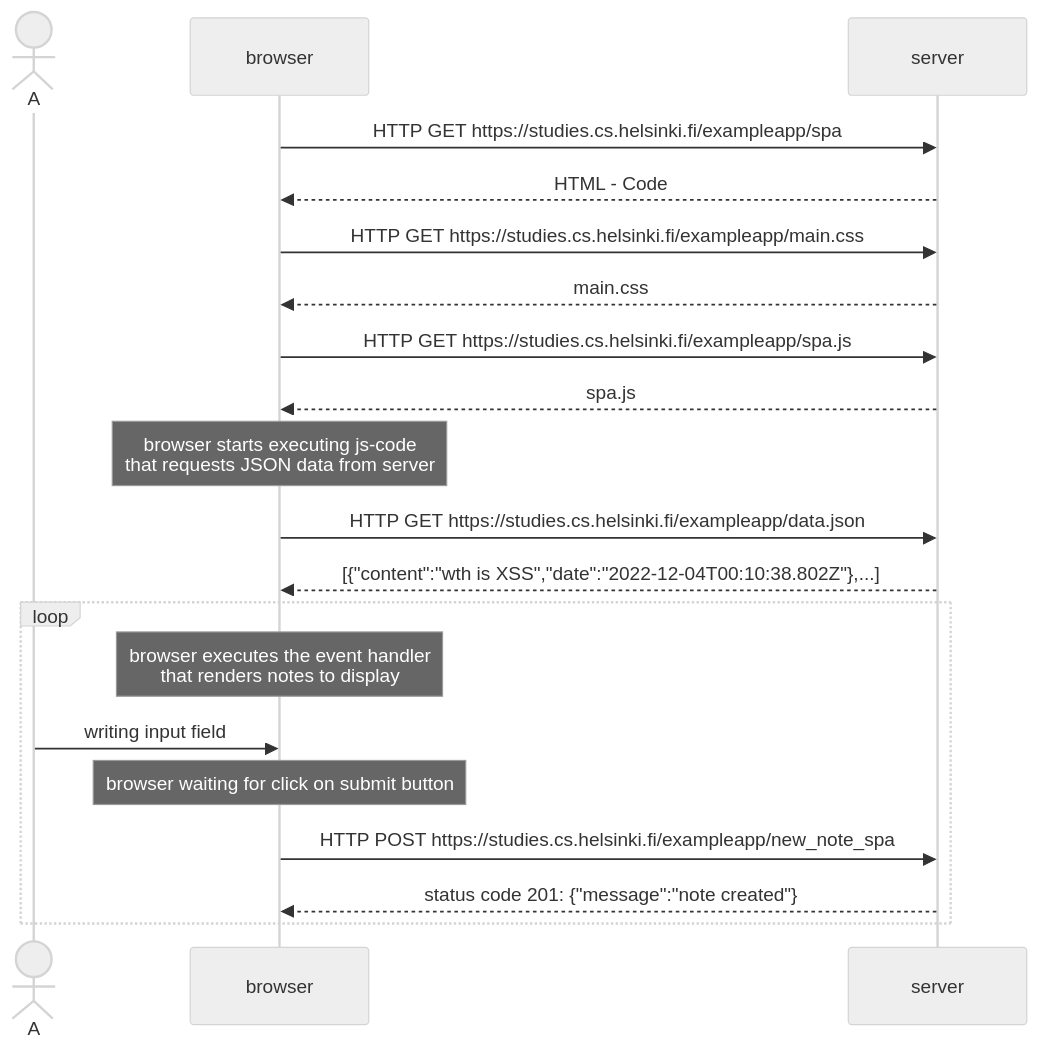
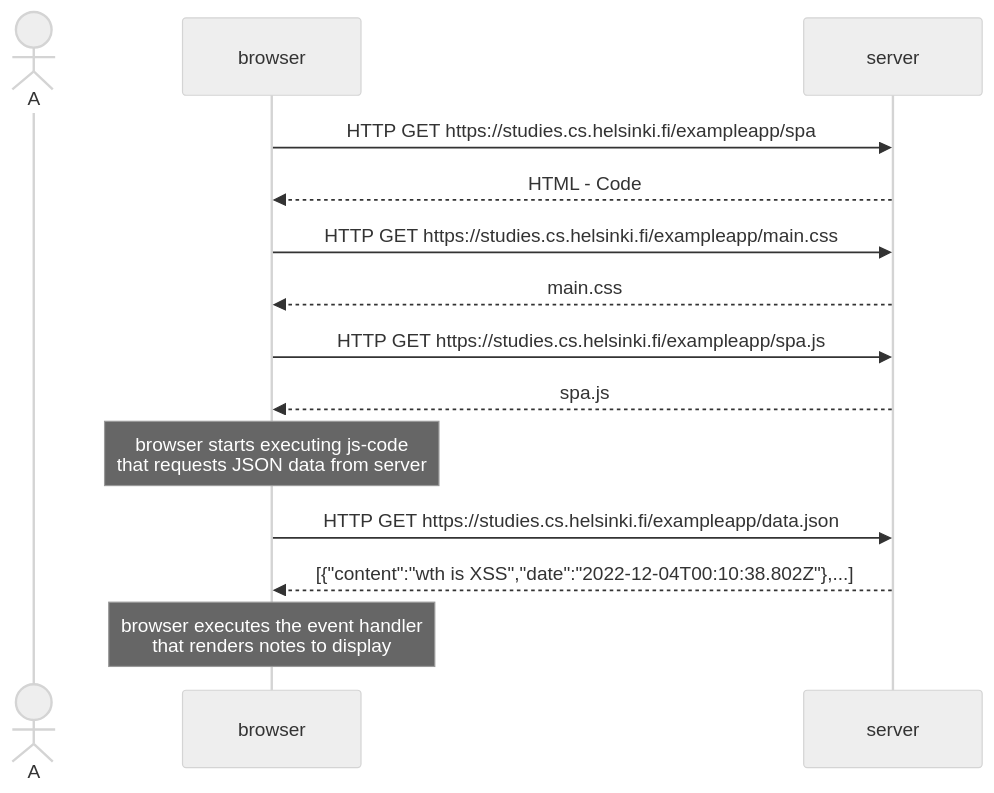
The diagram in Exercise_0_5.md (IoniteMaize17/fullstackopen2022_part0), drawn with Mermaid (neutral theme) before and after one commit.

````diff
--- a/Exercise_0_5.md
+++ b/Exercise_0_5.md
@@ -1,27 +1,20 @@
 ```mermaid
 sequenceDiagram
 
 actor A
 
 browser->>server: HTTP GET https://studies.cs.helsinki.fi/exampleapp/spa
 server-->>browser: HTML - Code
 browser->>server: HTTP GET https://studies.cs.helsinki.fi/exampleapp/main.css
 server-->>browser: main.css
 browser->>server: HTTP GET https://studies.cs.helsinki.fi/exampleapp/spa.js
 server-->>browser: spa.js
 
 note over browser: browser starts executing js-code <br>that requests JSON data from server 
 
 browser->>server: HTTP GET https://studies.cs.helsinki.fi/exampleapp/data.json
 server-->>browser: [{"content":"wth is XSS","date":"2022-12-04T00:10:38.802Z"},...]
 
-loop
 note over browser: browser executes the event handler <br>that renders notes to display
 
-A->>browser: writing input field
-note over browser: browser waiting for click on submit button
-
-browser->>server: HTTP POST https://studies.cs.helsinki.fi/exampleapp/new_note_spa
-server-->>browser: status code 201: {"message":"note created"}
-end
 ```
````
